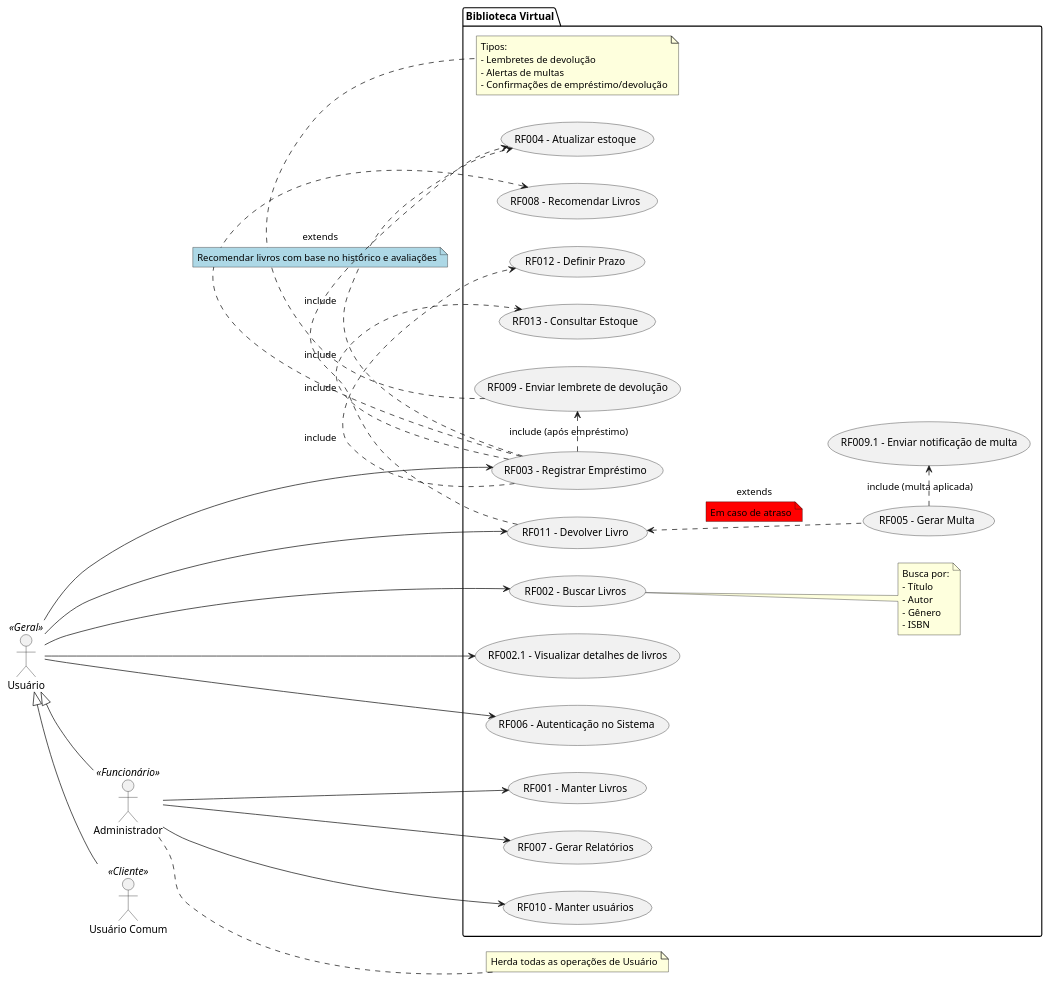
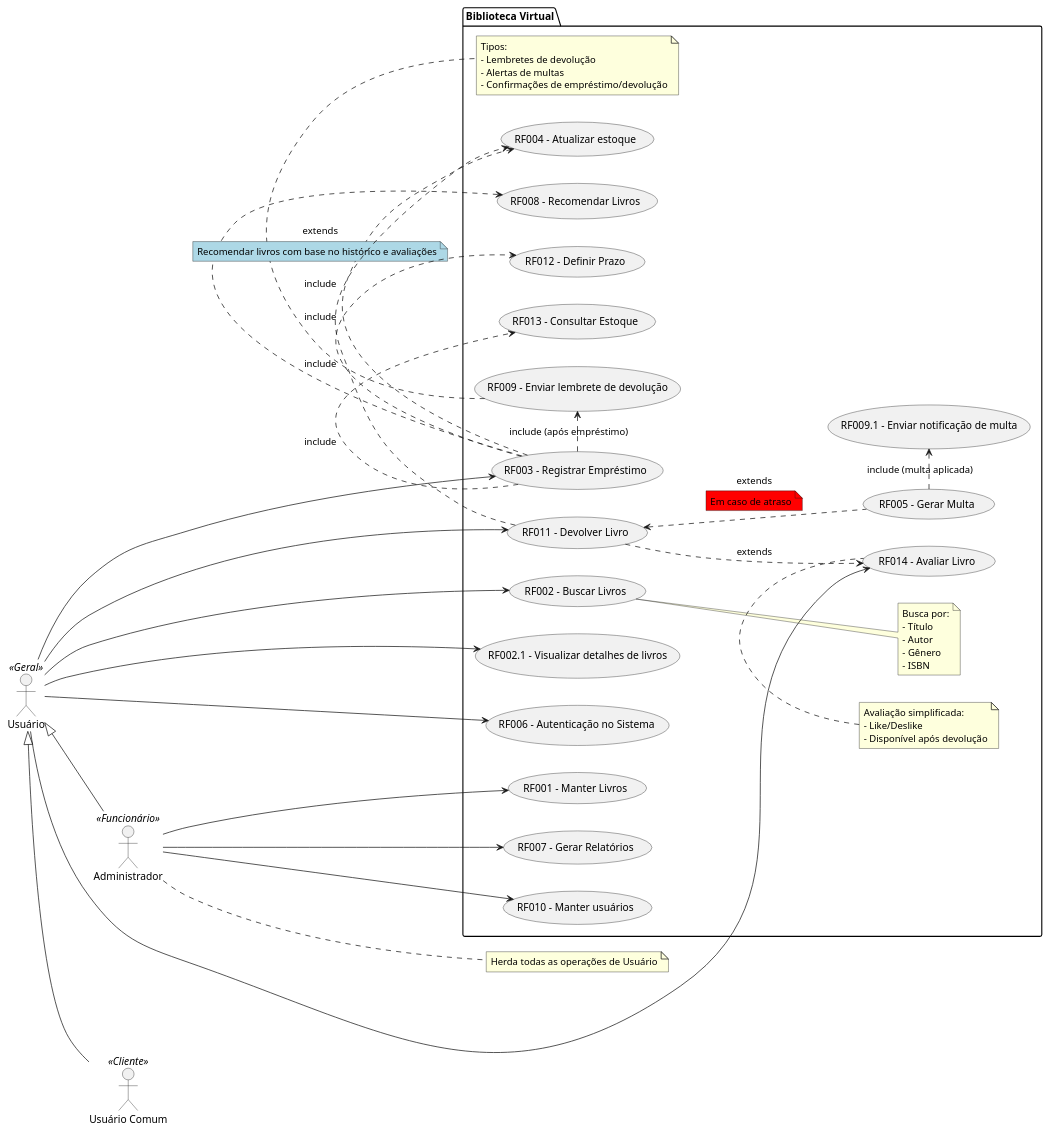
The diagram in docs/uml/use-case/use-case.puml (nyckturbina/e-library), drawn with PlantUML before and after one commit.

Commit message:
Adicionado: UC14

```diff
--- a/docs/uml/use-case/use-case.puml
+++ b/docs/uml/use-case/use-case.puml
@@ -1,75 +1,82 @@
 @startuml BibliotecaVirtual
 
 left to right direction
 
 actor Usuario as "Usuário" <<Geral>>
 actor UsuarioComum as "Usuário Comum" <<Cliente>>
 actor Administrador as "Administrador" <<Funcionário>>
 
 Usuario <|-- UsuarioComum
 Usuario <|-- Administrador
 
 package "Biblioteca Virtual" {
     usecase "RF001 - Manter Livros" as UC1
     usecase "RF002 - Buscar Livros" as UC2
     usecase "RF002.1 - Visualizar detalhes de livros" as UC2_1
     usecase "RF003 - Registrar Empréstimo" as emprestimo
     usecase "RF004 - Atualizar estoque" as atualizar_estoque
     usecase "RF005 - Gerar Multa" as UC5
-    ' usecase "RF005.1 - Enviar lembrete de devolução" as UC5_1
     usecase "RF006 - Autenticação no Sistema" as UC6
     usecase "RF007 - Gerar Relatórios" as UC7
     usecase "RF008 - Recomendar Livros" as recomendar
     usecase "RF009 - Enviar lembrete de devolução" as lembrete
     usecase "RF009.1 - Enviar notificação de multa" as notificacao_multa
     usecase "RF010 - Manter usuários" as UC10
     usecase "RF011 - Devolver Livro" as devolver
     usecase "RF012 - Definir Prazo" as UC12
     usecase "RF013 - Consultar Estoque" as UC13
+    usecase "RF014 - Avaliar Livro" as UC14
 
     note right of UC2
         Busca por:
         - Título
         - Autor
         - Gênero
         - ISBN
     end note
 
     note bottom of lembrete
         Tipos:
         - Lembretes de devolução
         - Alertas de multas
         - Confirmações de empréstimo/devolução
     end note
+
+    note top of UC14
+        Avaliação simplificada:
+        - Like/Deslike
+        - Disponível após devolução
+    end note
 }
 
 Usuario --> UC2
 Usuario --> UC2_1
 Usuario --> emprestimo
 Usuario --> UC6
 Usuario --> devolver
+Usuario --> UC14
 
 Administrador --> UC1
 Administrador --> UC7
 Administrador --> UC10
 
 emprestimo .> atualizar_estoque : include
 emprestimo .> recomendar : extends
 note on link #LightBlue
-   Recomendar livros com base no histórico e avaliações
+    Recomendar livros com base no histórico e avaliações
 end note
 
 emprestimo .> lembrete : include (após empréstimo)
 emprestimo .> UC12 : include
 emprestimo .> UC13 : include
 UC5 .> notificacao_multa : include (multa aplicada)
 devolver .> atualizar_estoque : include
+devolver ..> UC14 : extends
 
 devolver <.. UC5 : extends
 note on link #red: Em caso de atraso
 
 note right of Administrador
     Herda todas as operações de Usuário
 end note
-
 @enduml
```
